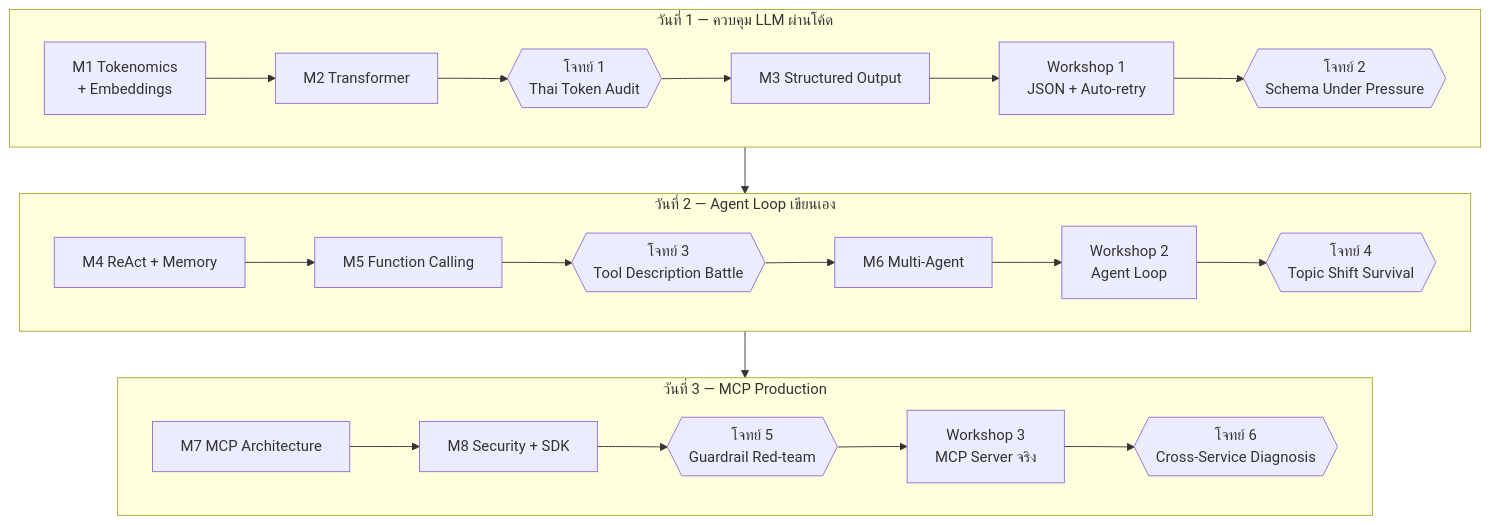
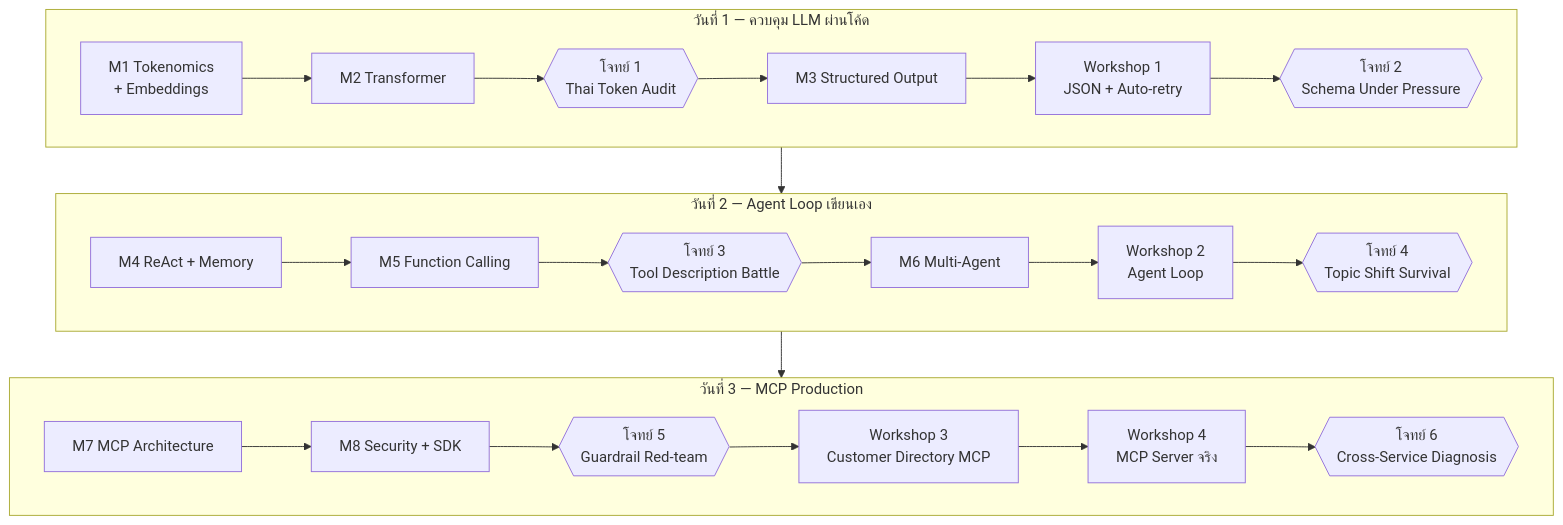
One commit to LLM-CE-KMITL/mcp-workshop changed the third of 3 diagrams in README2.md. Above: the diagram before and after it, drawn with Mermaid. The commit also changed 10 other files, not shown here.

````diff
--- a/README2.md
+++ b/README2.md
@@ -111,27 +111,28 @@
 ```mermaid
 flowchart TD
     subgraph D1["วันที่ 1 — ควบคุม LLM ผ่านโค้ด"]
         M1[M1 Tokenomics<br/>+ Embeddings] --> M2[M2 Transformer]
         M2 --> C1{{โจทย์ 1<br/>Thai Token Audit}}
         C1 --> M3[M3 Structured Output]
         M3 --> W1[Workshop 1<br/>JSON + Auto-retry]
         W1 --> C2{{โจทย์ 2<br/>Schema Under Pressure}}
     end
 
     subgraph D2["วันที่ 2 — Agent Loop เขียนเอง"]
         M4[M4 ReAct + Memory] --> M5[M5 Function Calling]
         M5 --> C3{{โจทย์ 3<br/>Tool Description Battle}}
         C3 --> M6[M6 Multi-Agent]
         M6 --> W2[Workshop 2<br/>Agent Loop]
         W2 --> C4{{โจทย์ 4<br/>Topic Shift Survival}}
     end
 
     subgraph D3["วันที่ 3 — MCP Production"]
         M7[M7 MCP Architecture] --> M8[M8 Security + SDK]
         M8 --> C5{{โจทย์ 5<br/>Guardrail Red-team}}
-        C5 --> W3[Workshop 3<br/>MCP Server จริง]
-        W3 --> C6{{โจทย์ 6<br/>Cross-Service Diagnosis}}
+        C5 --> W3[Workshop 3<br/>Customer Directory MCP]
+        W3 --> W4[Workshop 4<br/>MCP Server จริง]
+        W4 --> C6{{โจทย์ 6<br/>Cross-Service Diagnosis}}
     end
 
     D1 --> D2 --> D3
 ```
````
